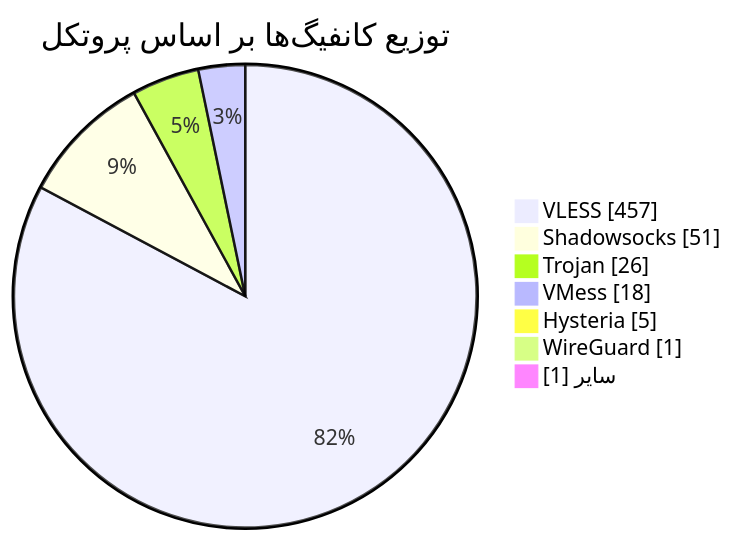
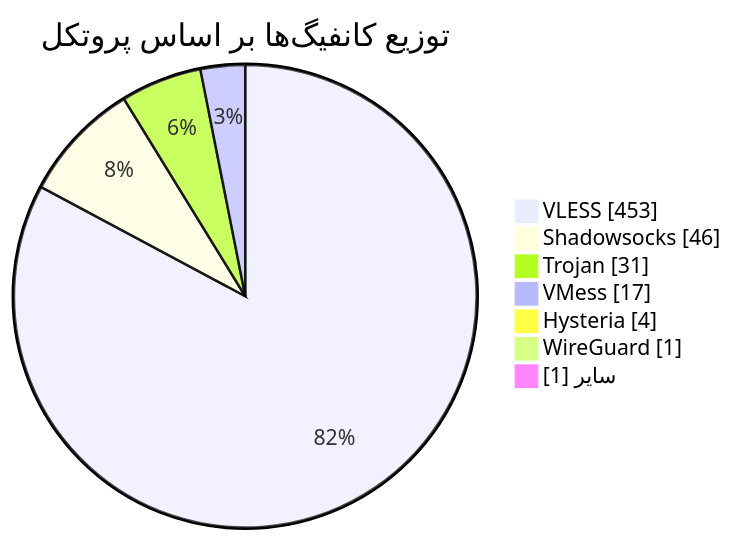
One commit to Arian-Alijani/Somthing changed the diagram in README.md. Above: the diagram before and after it, drawn with Mermaid. The commit also changed other lines of this file and 83 other files, not shown here.

````diff
--- a/README.md
+++ b/README.md
@@ -49,11 +49,11 @@
 ```mermaid
 pie showData
     title توزیع کانفیگ‌ها بر اساس پروتکل
-    "VLESS" : 457
-    "Shadowsocks" : 51
-    "Trojan" : 26
-    "VMess" : 18
-    "Hysteria" : 5
+    "VLESS" : 453
+    "Shadowsocks" : 46
+    "Trojan" : 31
+    "VMess" : 17
+    "Hysteria" : 4
     "WireGuard" : 1
     "سایر" : 1
 ```
````
